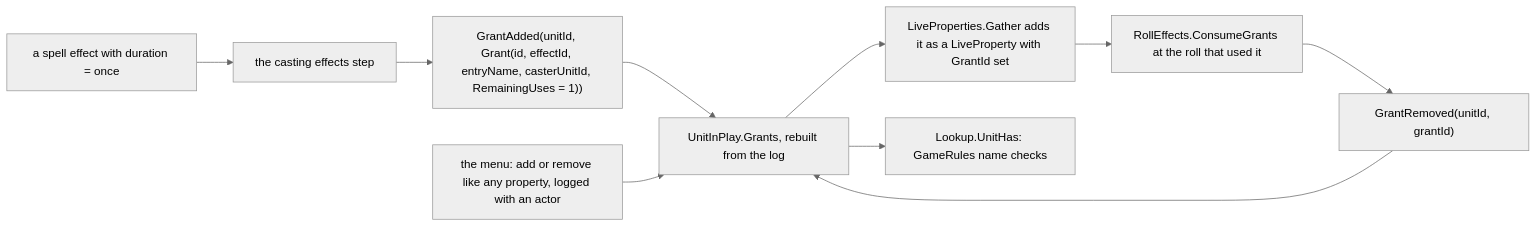
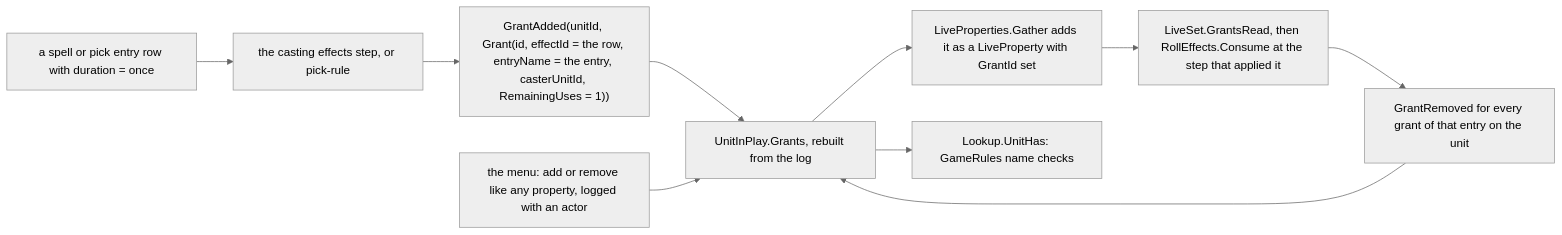
Before and after one commit to cstupi/tabletop: the second of 2 diagrams in docs/design/interpreter/effect-grammar.md, drawn with Mermaid (neutral theme). The commit also changed other lines of this file and 17 other files, not shown here.

First line of the commit message:
Reconcile schema and interpreter docs with the spell-library build

````diff
--- a/docs/design/interpreter/effect-grammar.md
+++ b/docs/design/interpreter/effect-grammar.md
@@ -310,18 +332,18 @@
 ```mermaid
 flowchart LR
-    spell["a spell effect with duration = once"]
-    step1["the casting effects step"]
-    ga["GrantAdded(unitId, Grant(id, effectId, entryName, casterUnitId, RemainingUses = 1))"]
+    spell["a spell or pick entry row with duration = once"]
+    step1["the casting effects step, or pick-rule"]
+    ga["GrantAdded(unitId, Grant(id, effectId = the row, entryName = the entry, casterUnitId, RemainingUses = 1))"]
     store["UnitInPlay.Grants, rebuilt from the log"]
     gather["LiveProperties.Gather adds it as a LiveProperty with GrantId set"]
     namecheck["Lookup.UnitHas: GameRules name checks"]
-    consume["RollEffects.ConsumeGrants at the roll that used it"]
-    gr["GrantRemoved(unitId, grantId)"]
+    consume["LiveSet.GrantsRead, then RollEffects.Consume at the step that applied it"]
+    gr["GrantRemoved for every grant of that entry on the unit"]
     menu["the menu: add or remove like any property, logged with an actor"]
 
     spell --> step1 --> ga --> store
     store --> gather
     store --> namecheck
     gather --> consume --> gr --> store
     menu --> store
 ```
````
